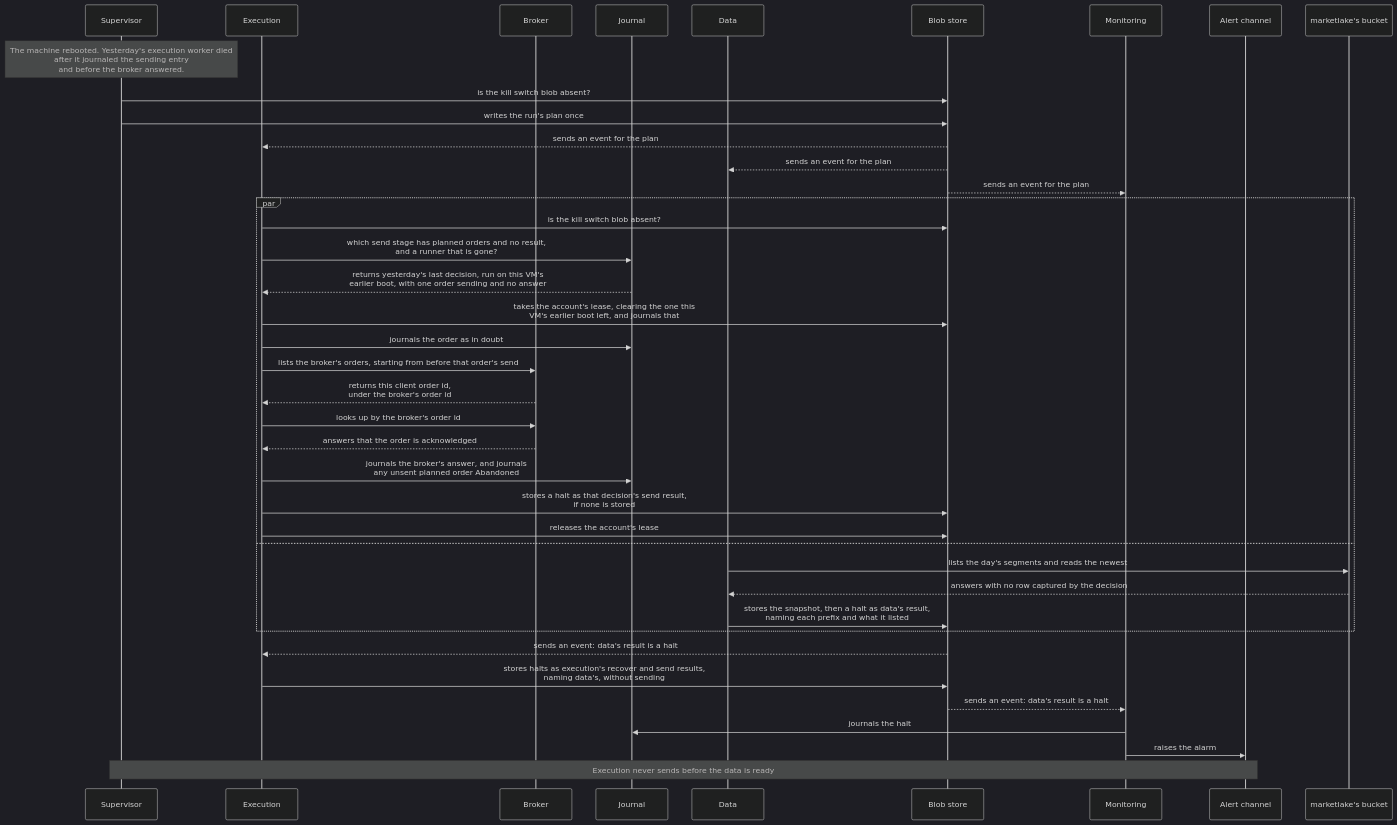
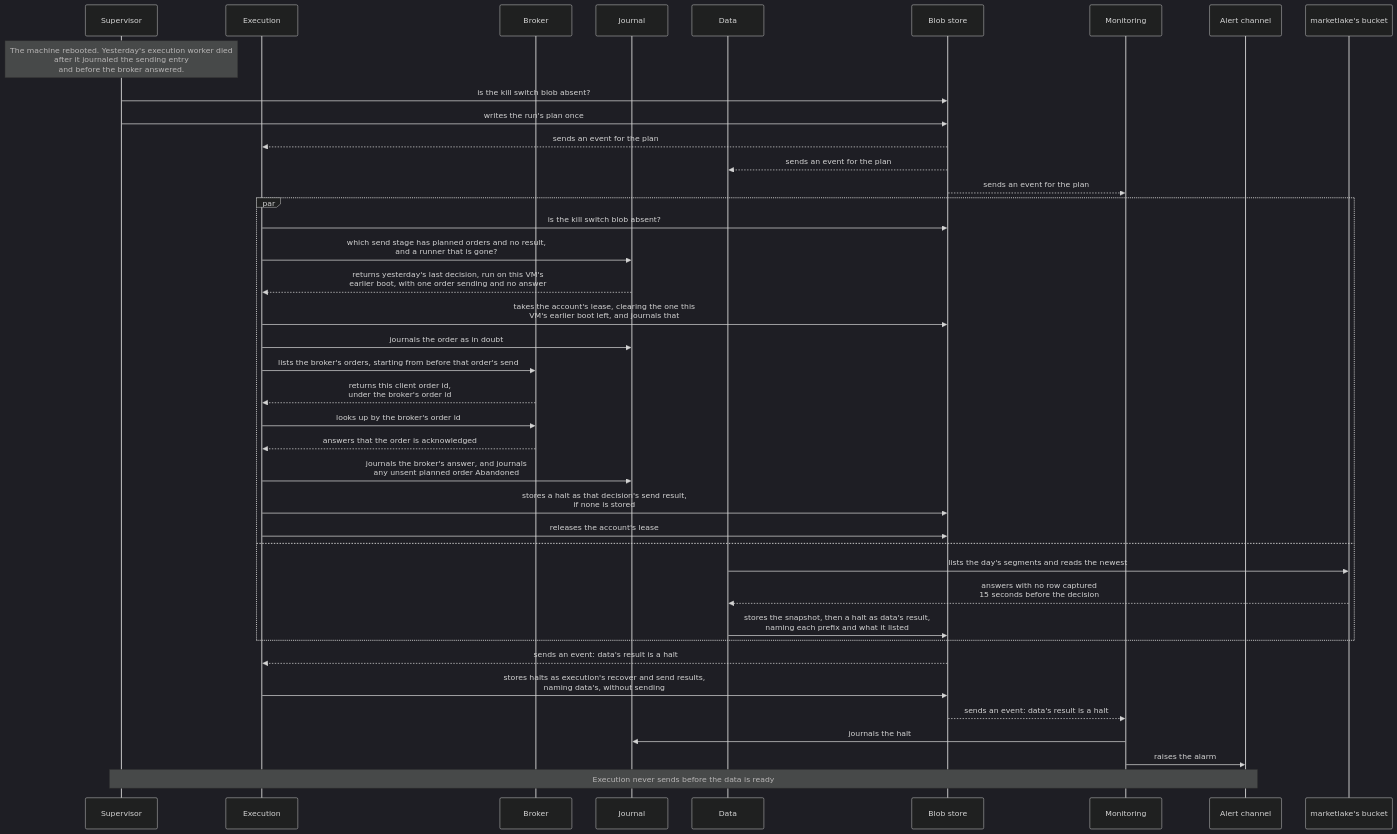
Diagram 12 of 18 in docs/architecture/06-runtime.md (l3a0/ithildin-runtime), drawn with Mermaid (dark theme) before and after one commit. The commit also changed other lines of this file and 31 other files, not shown here.

````diff
--- a/docs/architecture/06-runtime.md
+++ b/docs/architecture/06-runtime.md
@@ -831,43 +831,43 @@
 ```mermaid
 sequenceDiagram
     participant V as Supervisor
     participant X as Execution
     participant B as Broker
     participant J as Journal
     participant D as Data
     participant F as Blob store
     participant M as Monitoring
     participant L as Alert channel
     participant ML as marketlake's bucket
 
     Note over V: The machine rebooted. Yesterday's execution worker died<br/>after it journaled the sending entry<br/>and before the broker answered.
     V->>F: is the kill switch blob absent?
     V->>F: writes the run's plan once
     F-->>X: sends an event for the plan
     F-->>D: sends an event for the plan
     F-->>M: sends an event for the plan
     par
         X->>F: is the kill switch blob absent?
         X->>J: which send stage has planned orders and no result,<br/>and a runner that is gone?
         J-->>X: returns yesterday's last decision, run on this VM's<br/>earlier boot, with one order sending and no answer
         X->>F: takes the account's lease, clearing the one this<br/>VM's earlier boot left, and journals that
         X->>J: journals the order as in doubt
         X->>B: lists the broker's orders, starting from before that order's send
         B-->>X: returns this client order id,<br/>under the broker's order id
         X->>B: looks up by the broker's order id
         B-->>X: answers that the order is acknowledged
         X->>J: journals the broker's answer, and journals<br/>any unsent planned order Abandoned
         X->>F: stores a halt as that decision's send result,<br/>if none is stored
         X->>F: releases the account's lease
     and
         D->>ML: lists the day's segments and reads the newest
-        ML-->>D: answers with no row captured by the decision
+        ML-->>D: answers with no row captured<br/>15 seconds before the decision
         D->>F: stores the snapshot, then a halt as data's result,<br/>naming each prefix and what it listed
     end
     F-->>X: sends an event: data's result is a halt
     X->>F: stores halts as execution's recover and send results,<br/>naming data's, without sending
     F-->>M: sends an event: data's result is a halt
     M->>J: journals the halt
     M->>L: raises the alarm
     Note over V,L: Execution never sends before the data is ready
 ```
````
